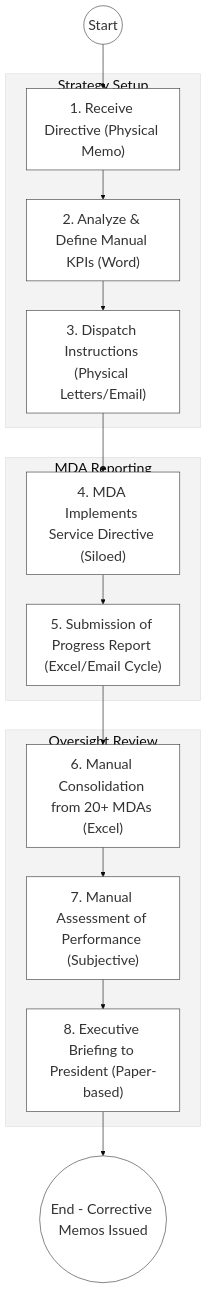
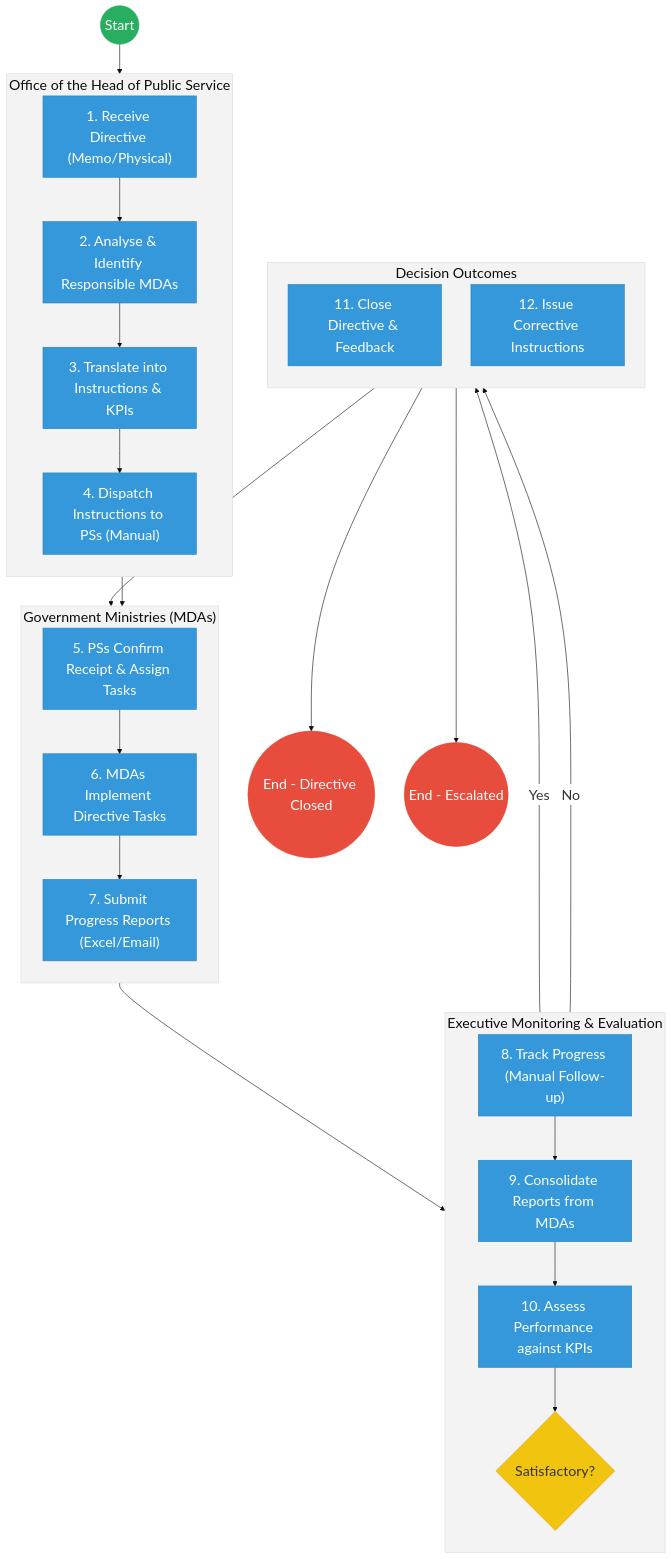
The first of 2 diagrams in mdas/docs_final/priority_mdas/OFFICE_OF_THE_CHIEF_OF_STAFF___Whole_of_Government_Oversight.md (BITZ-IT-Consulting-LTD/ictapoc), drawn with Mermaid before and after one commit. The commit also changed other lines of this file and 90 other files, not shown here.

````diff
--- a/mdas/docs_final/priority_mdas/OFFICE_OF_THE_CHIEF_OF_STAFF___Whole_of_Government_Oversight.md
+++ b/mdas/docs_final/priority_mdas/OFFICE_OF_THE_CHIEF_OF_STAFF___Whole_of_Government_Oversight.md
@@ -77,23 +40,70 @@
 ```mermaid
 %%{init: { 'theme': 'base', 'themeVariables': { 'fontSize': '24px', 'fontFamily': 'Inter, system-ui, sans-serif', 'primaryColor': '#ffffff', 'edgeLabelBackground':'#ffffff', 'tertiaryColor': '#f3f3f3', 'mainBkg': '#ffffff', 'nodeBorder': '#333333' } } }%%
 flowchart TD
-    Start((Start)) --> Directive["1. Receive Directive (Physical Memo)"]
-    
-    subgraph Analysis_Silo["Strategy Setup"]
-        Directive --> Analyze["2. Analyze & Define Manual KPIs (Word)"]
-        Analyze --> Dispatch["3. Dispatch Instructions (Physical Letters/Email)"]
+    %% Events
+    Start((Start))
+    EndClose(("End - Directive Closed"))
+    EndEscalate(("End - Escalated"))
+
+    subgraph OHPS["Office of the Head of Public Service"]
+        direction TB
+        ReceiveDir["1. Receive Directive (Memo/Physical)"]
+        AnalyzeDir["2. Analyse & Identify Responsible MDAs"]
+        TranslateDir["3. Translate into Instructions & KPIs"]
+        DispatchInst["4. Dispatch Instructions to PSs (Manual)"]
     end
 
-    subgraph Collection_Layer["MDA Reporting"]
-        Dispatch --> Implement["4. MDA Implements Service Directive (Siloed)"]
-        Implement --> Report["5. Submission of Progress Report (Excel/Email Cycle)"]
+    subgraph MDAs ["Government Ministries (MDAs)"]
+        direction TB
+        ConfirmRec["5. PSs Confirm Receipt & Assign Tasks"]
+        ImplDir["6. MDAs Implement Directive Tasks"]
+        SubProg["7. Submit Progress Reports (Excel/Email)"]
     end
 
-    subgraph Outcome_Silo["Oversight Review"]
-        Report --> Consolidate["6. Manual Consolidation from 20+ MDAs (Excel)"]
-        Consolidate --> Assess["7. Manual Assessment of Performance (Subjective)"]
-        Assess --> Brief["8. Executive Briefing to President (Paper-based)"]
+    subgraph Monitoring ["Executive Monitoring & Evaluation"]
+        direction TB
+        TrackImpl["8. Track Progress (Manual Follow-up)"]
+        Consolidate["9. Consolidate Reports from MDAs"]
+        AssessPerf["10. Assess Performance against KPIs"]
+        EvalGateway{Satisfactory?}
     end
 
-    Brief --> EndProcess(("End - Corrective Memos Issued"))
+    subgraph Outcomes ["Decision Outcomes"]
+        direction TB
+        CloseFeed["11. Close Directive & Feedback"]
+        IssueCorr["12. Issue Corrective Instructions"]
+    end
+
+    %% Flow connections
+    Start --> ReceiveDir
+    ReceiveDir --> AnalyzeDir
+    AnalyzeDir --> TranslateDir
+    TranslateDir --> DispatchInst
+    
+    DispatchInst --> ConfirmRec
+    ConfirmRec --> ImplDir
+    ImplDir --> SubProg
+    
+    SubProg --> TrackImpl
+    TrackImpl --> Consolidate
+    Consolidate --> AssessPerf
+    AssessPerf --> EvalGateway
+    
+    EvalGateway -- "Yes" --> CloseFeed
+    EvalGateway -- "No" --> IssueCorr
+    
+    IssueCorr --> ImplDir
+    IssueCorr --> EndEscalate
+    CloseFeed --> EndClose
+
+    %% Styling
+    classDef startEvent fill:#27ae60,stroke:#27ae60,color:#fff,font-size:24px,font-size:24px,font-size:24px;;
+    classDef endEvent fill:#e74c3c,stroke:#e74c3c,color:#fff,font-size:24px,font-size:24px,font-size:24px;;
+    classDef userTask fill:#3498db,stroke:#2980b9,color:#fff,font-size:24px,font-size:24px,font-size:24px;;
+    classDef gateway fill:#f1c40f,stroke:#f39c12,color:#333,font-size:24px,font-size:24px,font-size:24px;;
+    
+    class Start startEvent;
+    class EndClose,EndEscalate endEvent;
+    class EvalGateway gateway;
+    class ReceiveDir,AnalyzeDir,TranslateDir,DispatchInst,TrackImpl,Consolidate,AssessPerf,CloseFeed,IssueCorr,ConfirmRec,ImplDir,SubProg userTask;
 ```
````
